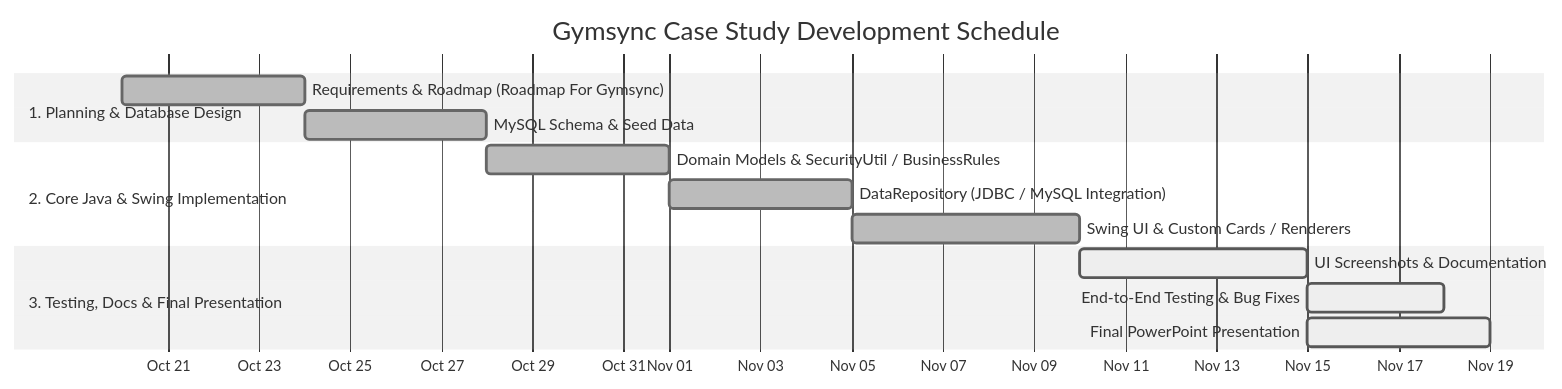
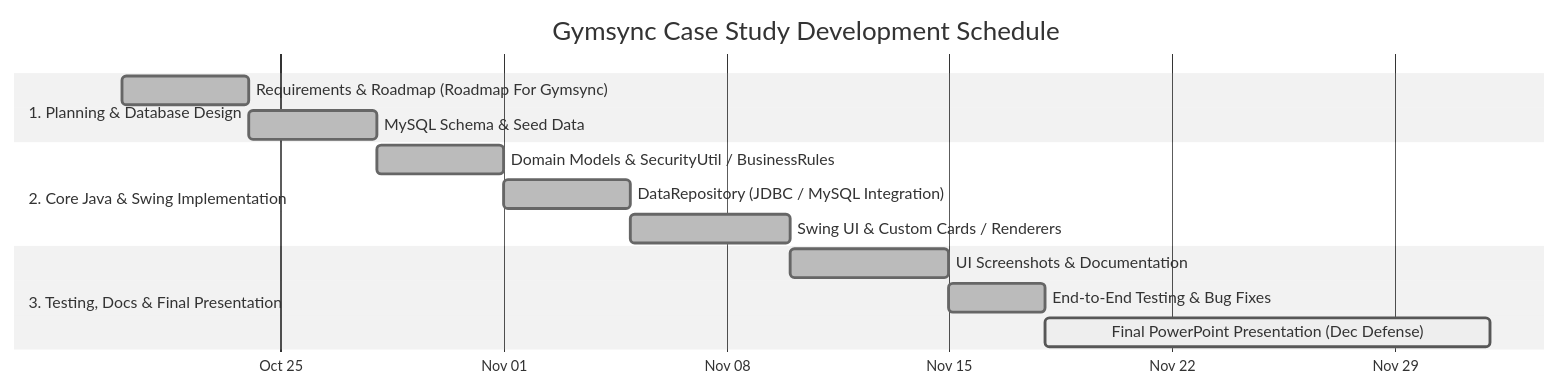
The diagram in Documentation/Gantt_Chart.md (Jvmsnt/Gymsync), drawn with Mermaid (neutral theme) before and after one commit. The commit also changed other lines of this file and 2 other files, not shown here.

Commit message:
Update gymsyncapp.java, database schema/seed, and Gantt chart documentation

````diff
--- a/Documentation/Gantt_Chart.md
+++ b/Documentation/Gantt_Chart.md
@@ -7,20 +7,20 @@
 ```mermaid
 gantt
     title Gymsync Case Study Development Schedule
     dateFormat  YYYY-MM-DD
     axisFormat  %b %d
 
     section 1. Planning & Database Design
     Requirements & Roadmap (Roadmap For Gymsync) :done, p1, 2026-10-20, 4d
     MySQL Schema & Seed Data                     :done, p2, 2026-10-24, 4d
 
     section 2. Core Java & Swing Implementation
     Domain Models & SecurityUtil / BusinessRules :done, c1, 2026-10-28, 4d
     DataRepository (JDBC / MySQL Integration)    :done, c2, 2026-11-01, 4d
     Swing UI & Custom Cards / Renderers          :done, c3, 2026-11-05, 5d
 
     section 3. Testing, Docs & Final Presentation
-    UI Screenshots & Documentation               :active, d1, 2026-11-10, 5d
-    End-to-End Testing & Bug Fixes               :active, d2, 2026-11-15, 3d
-    Final PowerPoint Presentation                :active, d3, 2026-11-15, 4d
+    UI Screenshots & Documentation               :done, d1, 2026-11-10, 5d
+    End-to-End Testing & Bug Fixes               :done, d2, 2026-11-15, 3d
+    Final PowerPoint Presentation (Dec Defense)  :active, d3, 2026-11-18, 14d
 ```
````
